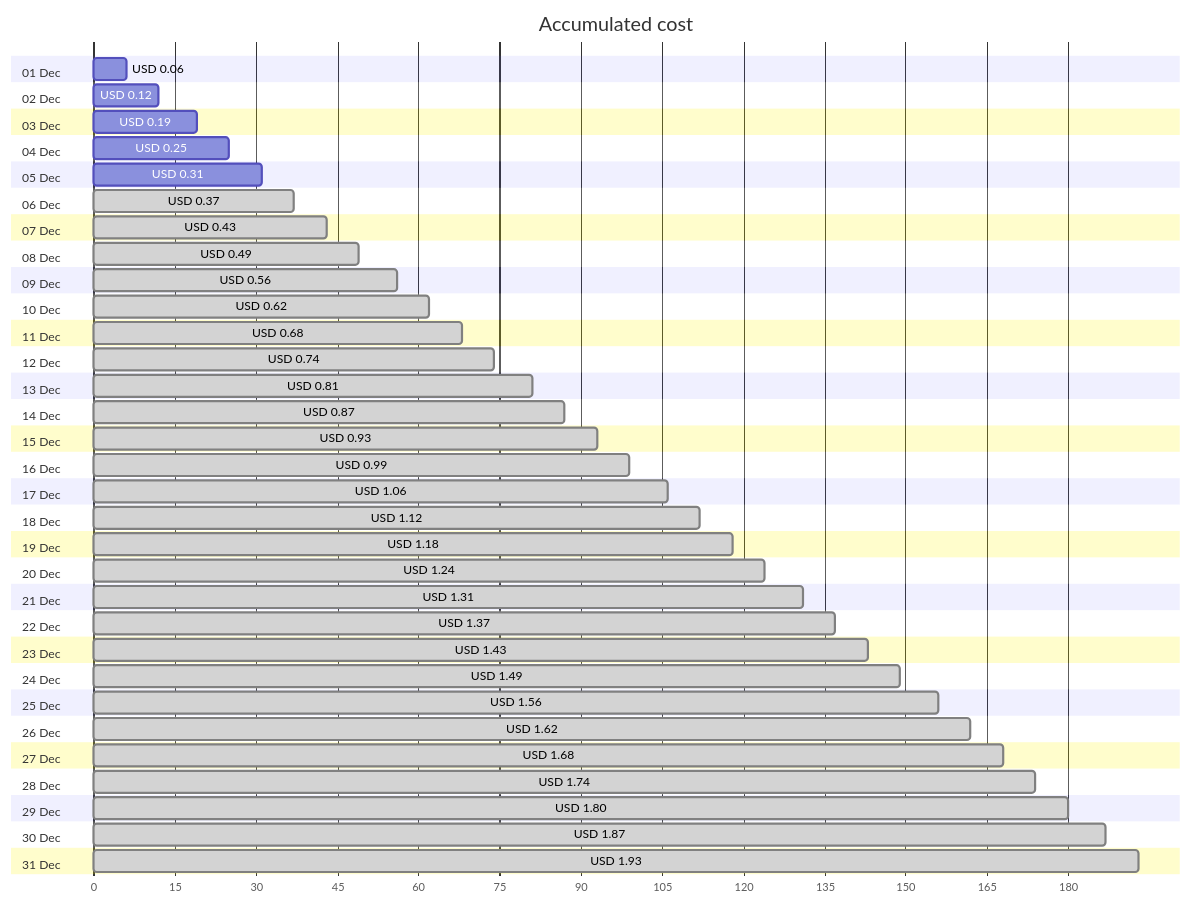
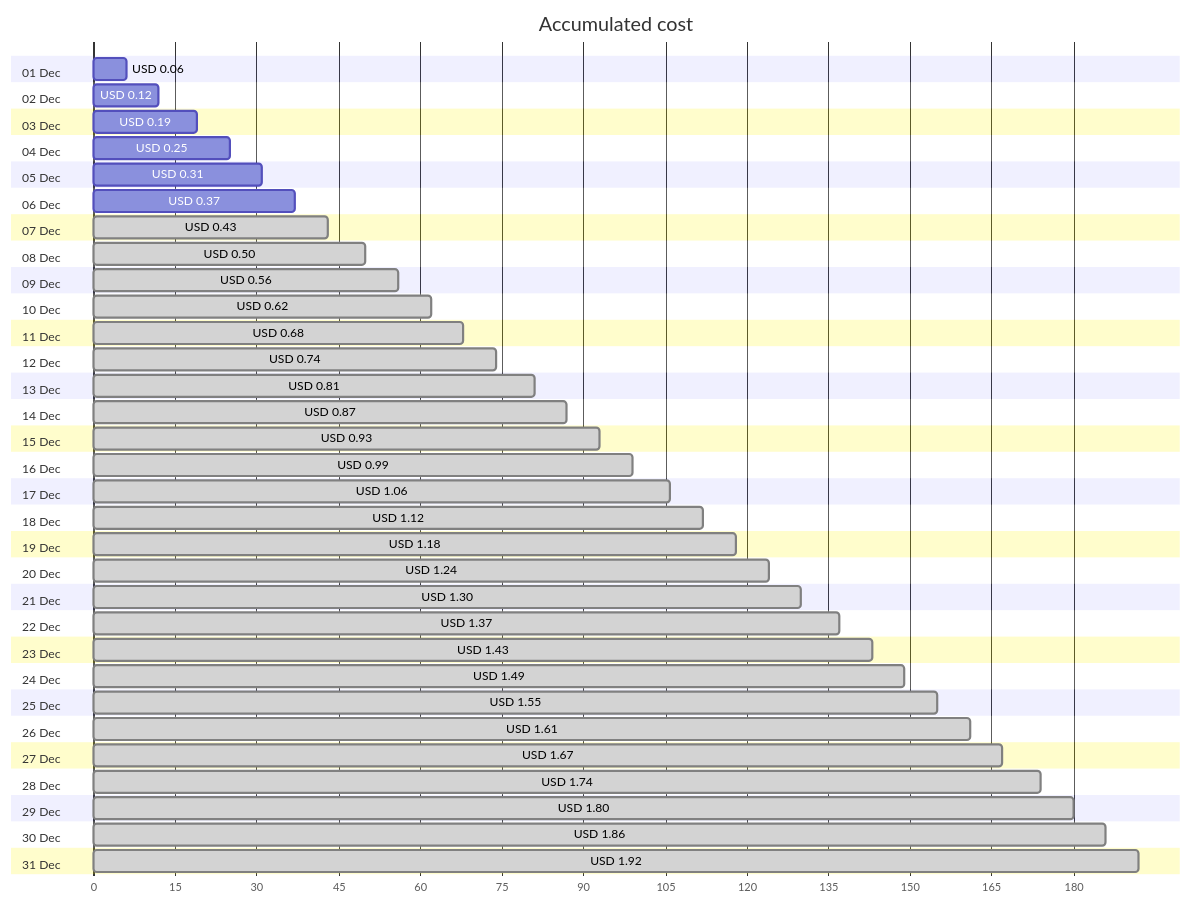
One commit to jpfulton/azure-personal-reports changed the first of 4 diagrams in cost-reports/personal-network/backup-server_OsDisk.md. Above: the diagram before and after it, drawn with Mermaid. The commit also changed other lines of this file and 8 other files, not shown here.

````diff
--- a/cost-reports/personal-network/backup-server_OsDisk.md
+++ b/cost-reports/personal-network/backup-server_OsDisk.md
@@ -20,68 +20,68 @@
 ```mermaid
 gantt
    title Accumulated cost
    dateFormat  X
    axisFormat %s
    section 01 Dec
    USD 0.06 :0, 6
    section 02 Dec
    USD 0.12 :0, 12
    section 03 Dec
    USD 0.19 :0, 19
    section 04 Dec
    USD 0.25 :0, 25
    section 05 Dec
    USD 0.31 :0, 31
    section 06 Dec
-   USD 0.37 : done, 0, 37
+   USD 0.37 :0, 37
    section 07 Dec
    USD 0.43 : done, 0, 43
    section 08 Dec
-   USD 0.49 : done, 0, 49
+   USD 0.50 : done, 0, 50
    section 09 Dec
    USD 0.56 : done, 0, 56
    section 10 Dec
    USD 0.62 : done, 0, 62
    section 11 Dec
    USD 0.68 : done, 0, 68
    section 12 Dec
    USD 0.74 : done, 0, 74
    section 13 Dec
    USD 0.81 : done, 0, 81
    section 14 Dec
    USD 0.87 : done, 0, 87
    section 15 Dec
    USD 0.93 : done, 0, 93
    section 16 Dec
    USD 0.99 : done, 0, 99
    section 17 Dec
    USD 1.06 : done, 0, 106
    section 18 Dec
    USD 1.12 : done, 0, 112
    section 19 Dec
    USD 1.18 : done, 0, 118
    section 20 Dec
    USD 1.24 : done, 0, 124
    section 21 Dec
-   USD 1.31 : done, 0, 131
+   USD 1.30 : done, 0, 130
    section 22 Dec
    USD 1.37 : done, 0, 137
    section 23 Dec
    USD 1.43 : done, 0, 143
    section 24 Dec
    USD 1.49 : done, 0, 149
    section 25 Dec
-   USD 1.56 : done, 0, 156
+   USD 1.55 : done, 0, 155
    section 26 Dec
-   USD 1.62 : done, 0, 162
+   USD 1.61 : done, 0, 161
    section 27 Dec
-   USD 1.68 : done, 0, 168
+   USD 1.67 : done, 0, 167
    section 28 Dec
    USD 1.74 : done, 0, 174
    section 29 Dec
    USD 1.80 : done, 0, 180
    section 30 Dec
-   USD 1.87 : done, 0, 187
+   USD 1.86 : done, 0, 186
    section 31 Dec
-   USD 1.93 : done, 0, 193
+   USD 1.92 : done, 0, 192
 ```
````
